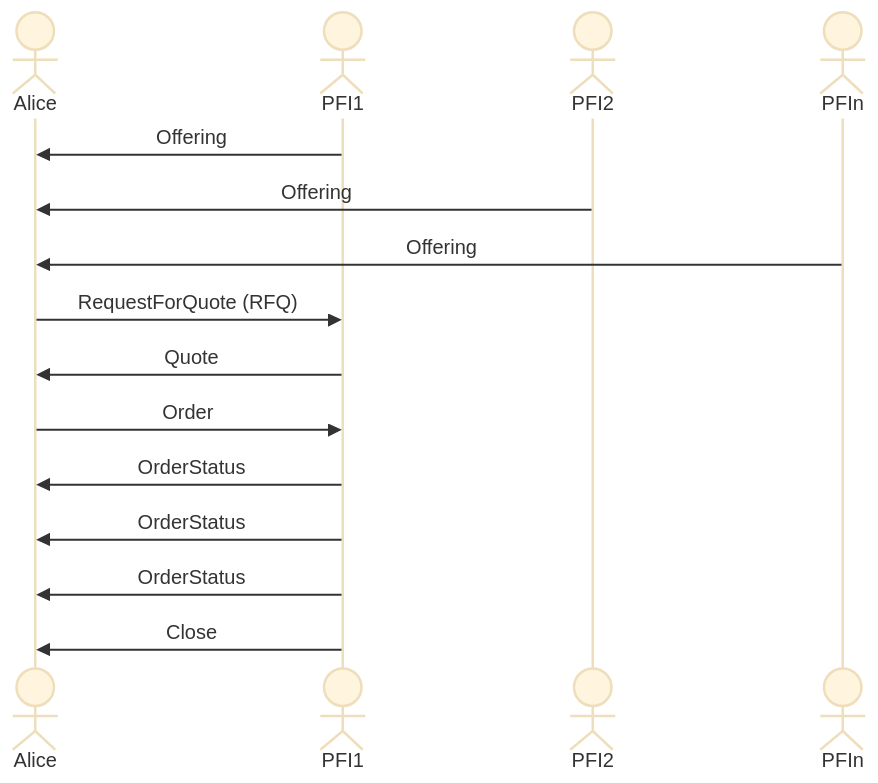
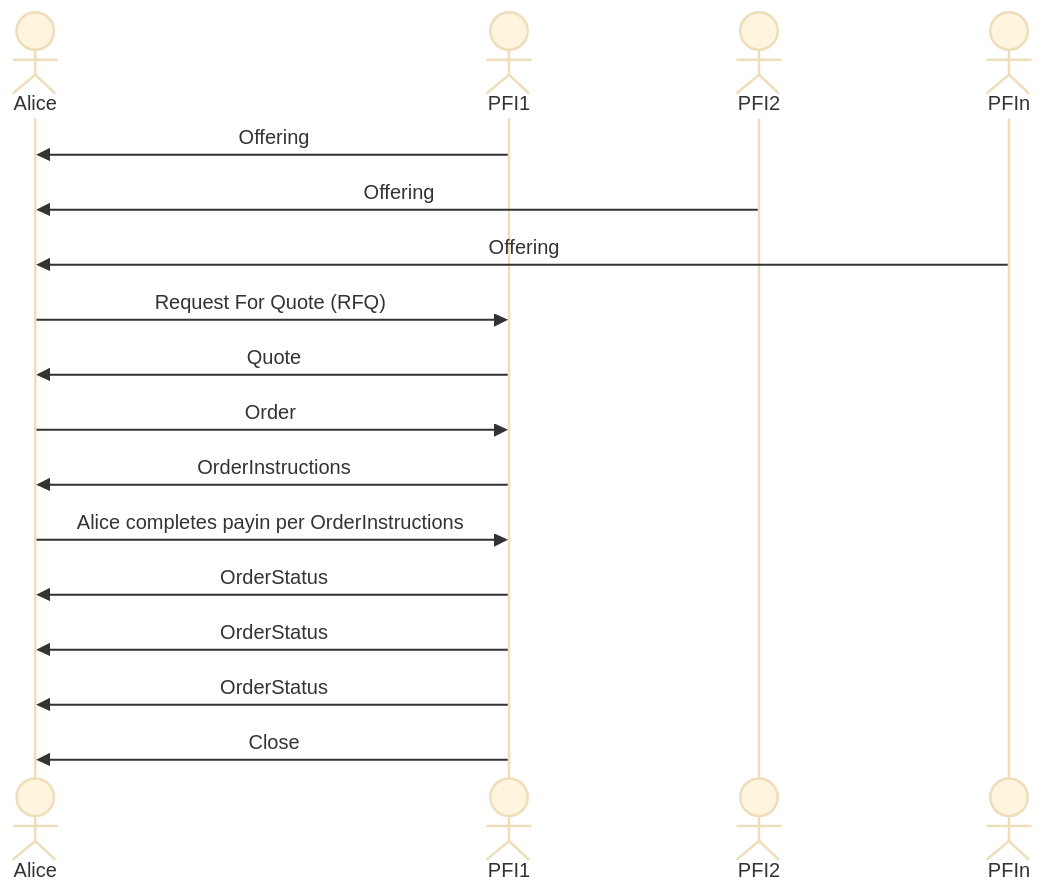
Before and after one commit to TBD54566975/tbdex: the diagram in specs/protocol/README.md, drawn with Mermaid (base theme). The commit also changed other lines of this file and 1 other file, not shown here.

Commit message:
change example tbdex message protocol to 2.0. update tbdex protocol spec mermaid diagram

````diff
--- a/specs/protocol/README.md
+++ b/specs/protocol/README.md
@@ -832,17 +832,19 @@
 ```mermaid
 sequenceDiagram
   actor Alice
 	actor PFI1
   actor PFI2
 	actor PFIn
 	PFI1->>Alice: Offering
 	PFI2->>Alice: Offering
 	PFIn->>Alice: Offering
-  Alice->>PFI1: RequestForQuote (RFQ)
+  Alice->>PFI1: Request For Quote (RFQ)
   PFI1->>Alice: Quote
   Alice->>PFI1: Order
+  PFI1->>Alice: OrderInstructions
+  Alice->>PFI1: Alice completes payin per OrderInstructions
   PFI1->>Alice: OrderStatus
   PFI1->>Alice: OrderStatus
   PFI1->>Alice: OrderStatus
   PFI1->>Alice: Close
 ```
````
